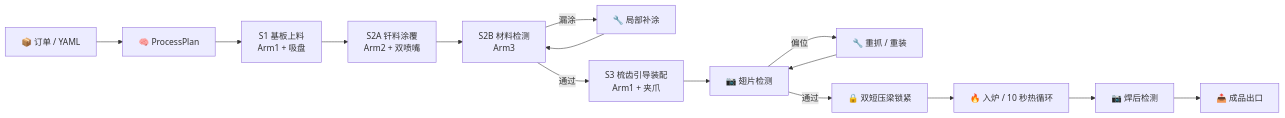
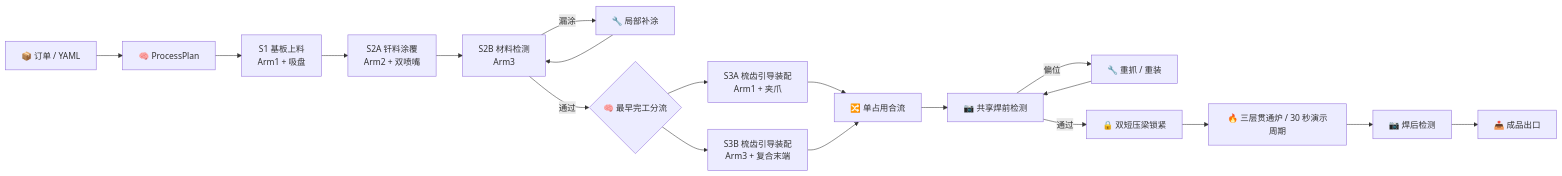
Before and after one commit to w-mone-y/Flexible-process-for-heat-sinks-based-on-FR3: the first of 2 diagrams in README.md, drawn with Mermaid. The commit also changed other lines of this file and 79 other files, not shown here.

````diff
--- a/README.md
+++ b/README.md
@@ -59,17 +60,21 @@
 ```mermaid
 flowchart LR
     O["📦 订单 / YAML"] --> P["🧠 ProcessPlan"]
     P --> S1["S1 基板上料<br/>Arm1 + 吸盘"]
     S1 --> S2A["S2A 钎料涂覆<br/>Arm2 + 双喷嘴"]
     S2A --> S2B["S2B 材料检测<br/>Arm3"]
     S2B -->|漏涂| R1["🔧 局部补涂"]
     R1 --> S2B
-    S2B -->|通过| S3["S3 梳齿引导装配<br/>Arm1 + 夹爪"]
-    S3 --> I2["📷 翅片检测"]
+    S2B -->|通过| D{"🧠 最早完工分流"}
+    D --> S3A["S3A 梳齿引导装配<br/>Arm1 + 夹爪"]
+    D --> S3B["S3B 梳齿引导装配<br/>Arm3 + 复合末端"]
+    S3A --> M["🔀 单占用合流"]
+    S3B --> M
+    M --> I2["📷 共享焊前检测"]
     I2 -->|偏位| R2["🔧 重抓 / 重装"]
     R2 --> I2
     I2 -->|通过| L["🔒 双短压梁锁紧"]
-    L --> F["🔥 入炉 / 10 秒热循环"]
+    L --> F["🔥 三层贯通炉 / 30 秒演示周期"]
     F --> PI["📷 焊后检测"]
-    PI --> D["📤 成品出口"]
+    PI --> OUT["📤 成品出口"]
 ```
````
